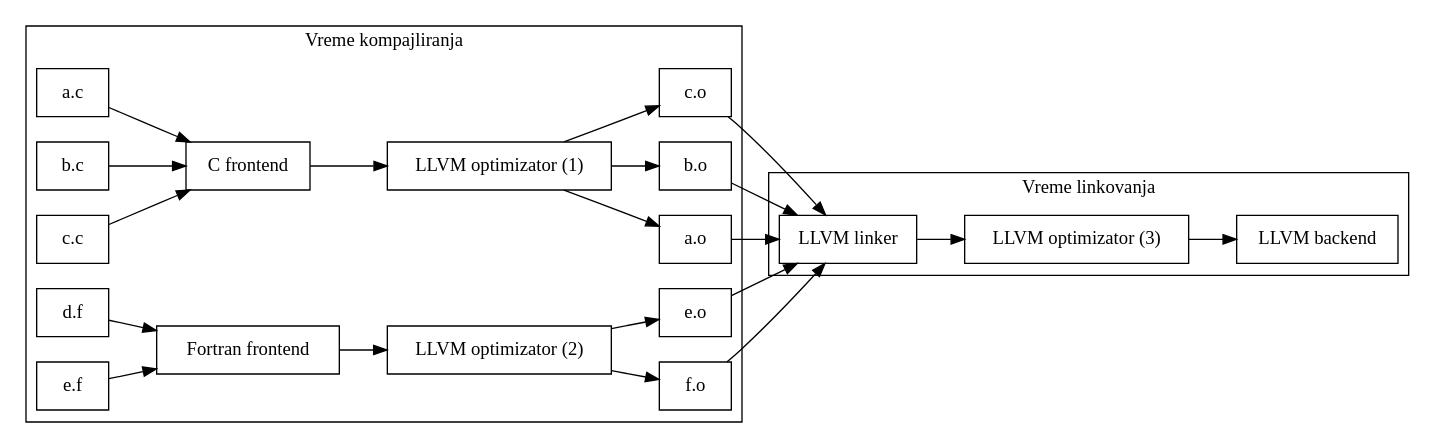
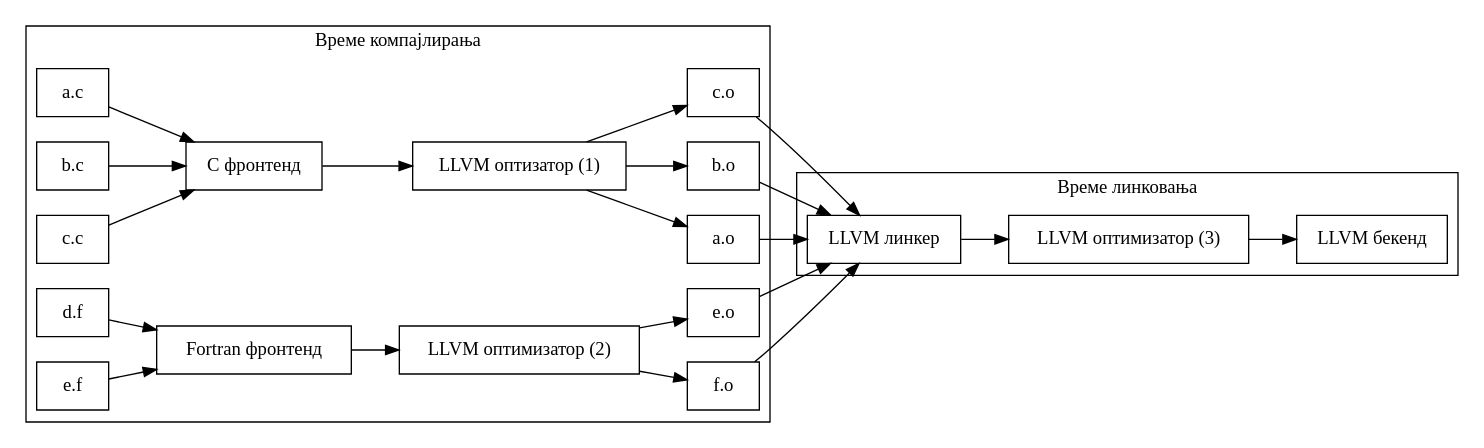
One commit to AleksaBajat/rust_compiler_msc_thesis changed the diagram in assets/graphs/link_time_optimization.dot. Above: the diagram before and after it, drawn with Graphviz. The commit also changed 3 other files, not shown here.

```diff
--- a/assets/graphs/link_time_optimization.dot
+++ b/assets/graphs/link_time_optimization.dot
@@ -1,45 +1,45 @@
 digraph{
     node[shape=record]
     rankdir = LR
 
     subgraph cluster_compile{
-        label = "Vreme kompajliranja"
+        label = "Време компајлирања"
 
         cFrontend[
-            label = "C frontend"
+            label = "C фронтенд"
         ]
         "a.c", "b.c", "c.c" -> cFrontend -> llvmOptimizer1
         llvmOptimizer1 -> "a.o", "b.o", "c.o"
 
 
         fortranFrontend[
-            label = "Fortran frontend"
+            label = "Fortran фронтенд"
         ]
         "d.f", "e.f" -> fortranFrontend -> llvmOptimizer2
         llvmOptimizer2 -> "f.o", "e.o"
     }
 
     subgraph cluster_link{
-        label = "Vreme linkovanja"
+        label = "Време линковања"
 
         "a.o", "b.o", "c.o" -> llvmLinker
         "f.o", "e.o" -> llvmLinker
         llvmLinker[
-            label = "LLVM linker"
+            label = "LLVM линкер"
         ]
         llvmOptimizer1[
-            label = "LLVM optimizator (1)"
+            label = "LLVM оптизатор (1)"
         ]
         llvmOptimizer2[
-            label = "LLVM optimizator (2)"
+            label = "LLVM оптимизатор (2)"
         ]
         llvmOptimizer3[
-            label = "LLVM optimizator (3)"
+            label = "LLVM оптимизатор (3)"
         ]
         llvmBackend[
-            label = "LLVM backend"
+            label = "LLVM бекенд"
         ]
 
         llvmLinker -> llvmOptimizer3 -> llvmBackend
     }
 }
```
